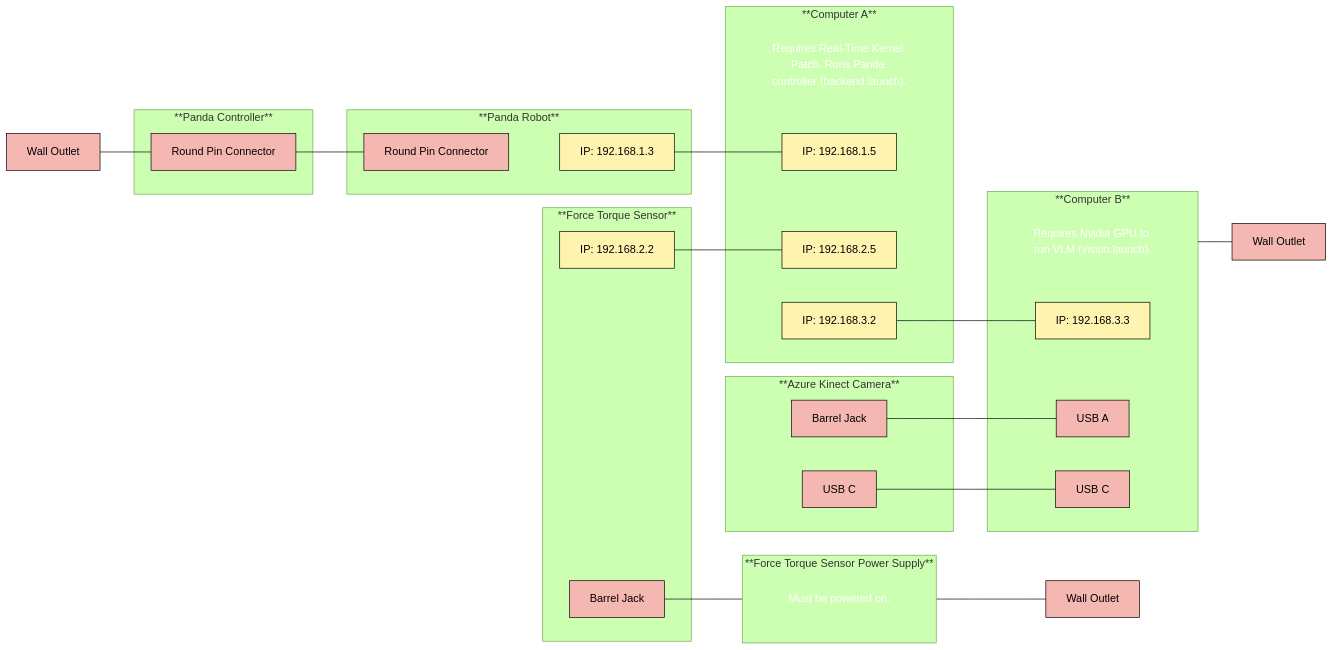
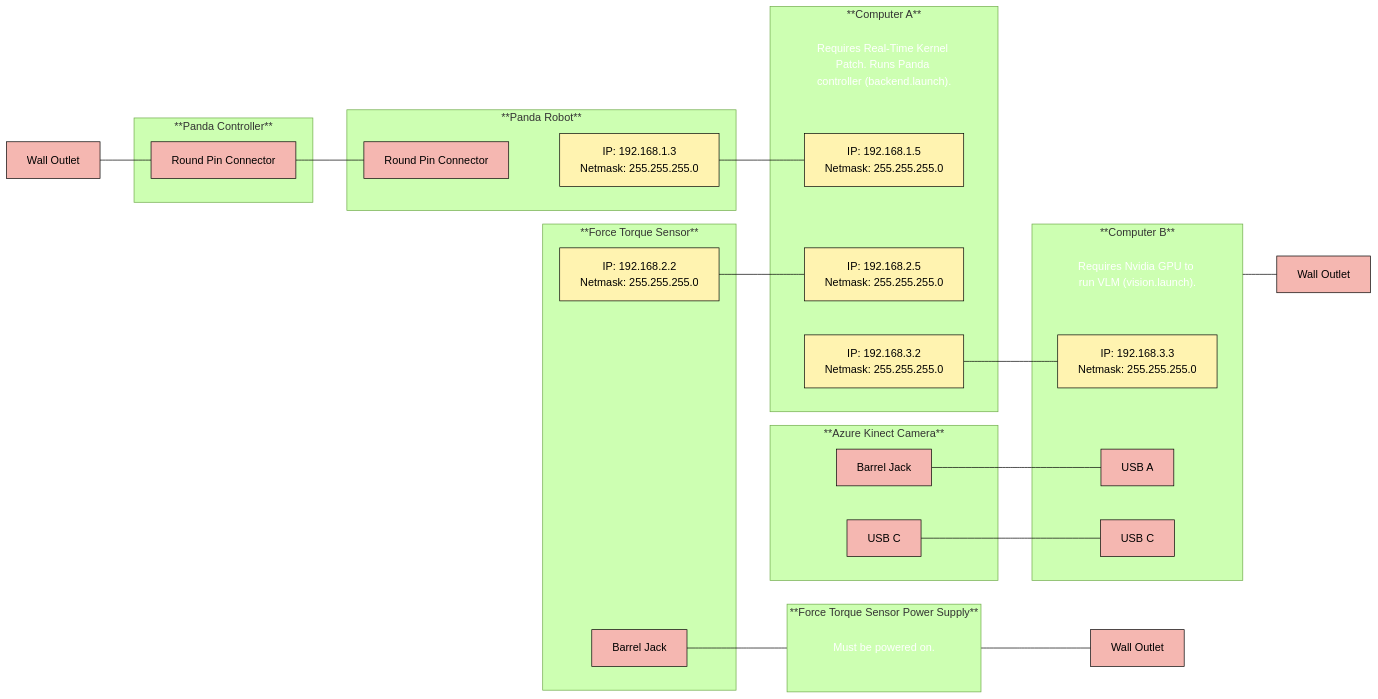
Before and after one commit to rusmilov/dexterity-interface: the first of 2 diagrams in README.md, drawn with Mermaid (forest theme). The commit also changed other lines of this file, not shown here.

````diff
--- a/README.md
+++ b/README.md
@@ -15,72 +27,72 @@
 ```mermaid
 flowchart LR
 
     %% Panda Controller
     subgraph PC["**Panda Controller**"]
         PC_CONN["Round Pin Connector"]:::power_data
     end
 
     %% Panda Arm
     subgraph PA["**Panda Robot**"]
-        PA_IP["IP: 192.168.1.3"]:::ethernet
+        PA_IP["IP: 192.168.1.3 <br> Netmask: 255.255.255.0"]:::ethernet
         PA_CONN["Round Pin Connector"]:::power_data
     end
 
     %% Force Torque Sensor
     subgraph FTS["**Force Torque Sensor**"]
-        FTS_IP["IP: 192.168.2.2"]:::ethernet
+        FTS_IP["IP: 192.168.2.2 <br> Netmask: 255.255.255.0"]:::ethernet
         FTS_PWR["Barrel Jack"]:::power_data
     end
 
     %% FT Power Supply
     subgraph FTPS["**Force Torque Sensor Power Supply**"]
         FT_DESC["Must be powered on."]:::description
     end
 
     %% Kinect
     subgraph KN["**Azure Kinect Camera**"]
         KN_PWR["Barrel Jack"]:::power_data
         KN_USBC["USB C"]:::power_data
     end
 
     %% Computer A
     subgraph MA["**Computer A**"]
         MA_DESC["Requires Real-Time Kernel Patch. Runs Panda controller (backend.launch). "]:::description
-        MA_IP1["IP: 192.168.1.5"]:::ethernet
-        MA_IP2["IP: 192.168.2.5"]:::ethernet
-        MA_IP3["IP: 192.168.3.2"]:::ethernet
+        MA_IP1["IP: 192.168.1.5 <br> Netmask: 255.255.255.0"]:::ethernet
+        MA_IP2["IP: 192.168.2.5 <br> Netmask: 255.255.255.0"]:::ethernet
+        MA_IP3["IP: 192.168.3.2 <br> Netmask: 255.255.255.0"]:::ethernet
     end
 
     %% Computer B
     subgraph MB["**Computer B**"]
         MB_DESC["Requires Nvidia GPU to run VLM (vision.launch). "]:::description
-        MB_IP["IP: 192.168.3.3"]:::ethernet
+        MB_IP["IP: 192.168.3.3 <br> Netmask: 255.255.255.0"]:::ethernet
         MB_USBA["USB A"]:::power_data
         MB_USBC["USB C"]:::power_data
     end
 
     %% Wall Outlets
     PC_PWR["Wall Outlet"]:::power_data
     FTPS_PWR["Wall Outlet"]:::power_data
     MB_PWR["Wall Outlet"]:::power_data
 
     %% Connections
     PC_PWR --- PC_CONN --- PA_CONN --- PA
     FTS_PWR --- FTPS --- FTPS_PWR
     MB --- MB_PWR
     
     KN_PWR --- MB_USBA
     KN_USBC --- MB_USBC
     
 
     PA_IP --- MA_IP1
     FTS_IP --- MA_IP2
     MA_IP3 --- MB_IP
 
     %% Styles
     classDef description fill:none,stroke:none,color:#fff;
     classDef ethernet fill:#fff3b0,stroke:#000,color:#000;
     classDef power_data fill:#f5b7b1,stroke:#000,color:#000;
 
 
 ```
````
